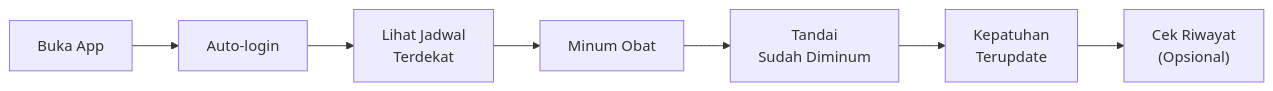
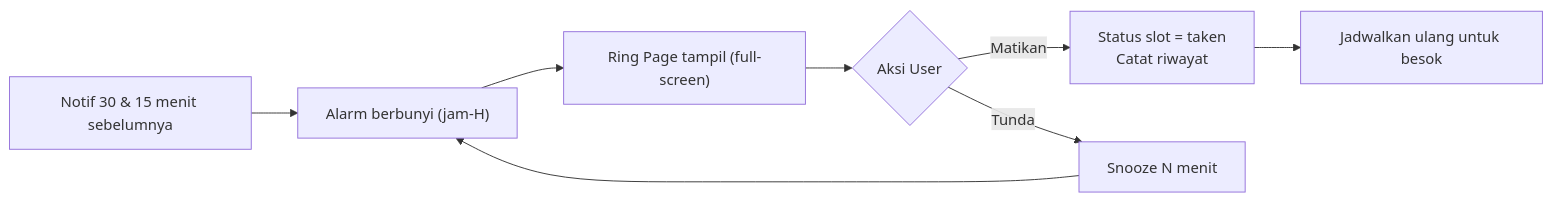
Before and after one commit to Aryo820/jagadosis: the sixth of 6 diagrams in prd.md, drawn with Mermaid. The commit also changed other lines of this file, not shown here.

````diff
--- a/prd.md
+++ b/prd.md
@@ -536,9 +518,10 @@
 ```mermaid
 flowchart LR
-    A["Buka App"] --> B["Auto-login"]
-    B --> C["Lihat Jadwal<br/>Terdekat"]
-    C --> D["Minum Obat"]
-    D --> E["Tandai<br/>Sudah Diminum"]
-    E --> F["Kepatuhan<br/>Terupdate"]
-    F --> G["Cek Riwayat<br/>(Opsional)"]
+    A["Notif 30 & 15 menit sebelumnya"] --> B["Alarm berbunyi (jam-H)"]
+    B --> C["Ring Page tampil (full-screen)"]
+    C --> D{"Aksi User"}
+    D -->|Matikan| E["Status slot = taken<br/>Catat riwayat"]
+    D -->|Tunda| F["Snooze N menit"]
+    E --> G["Jadwalkan ulang untuk besok"]
+    F --> B
 ```
````
